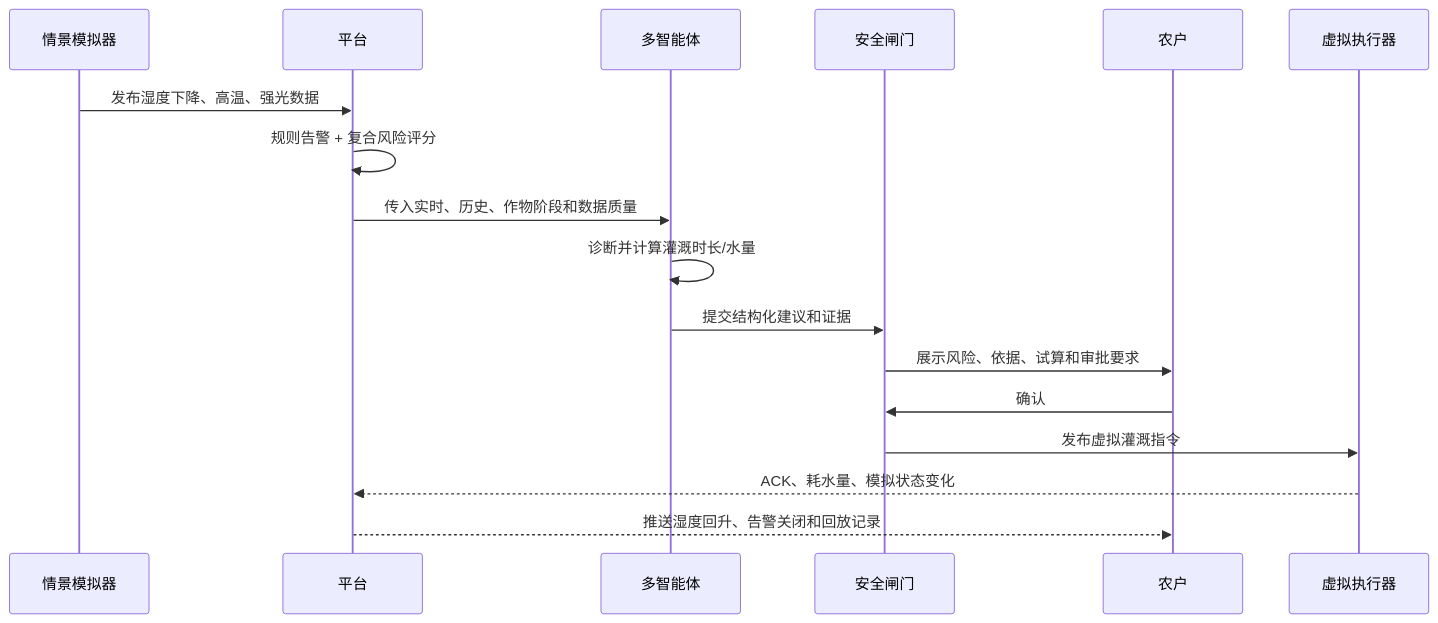
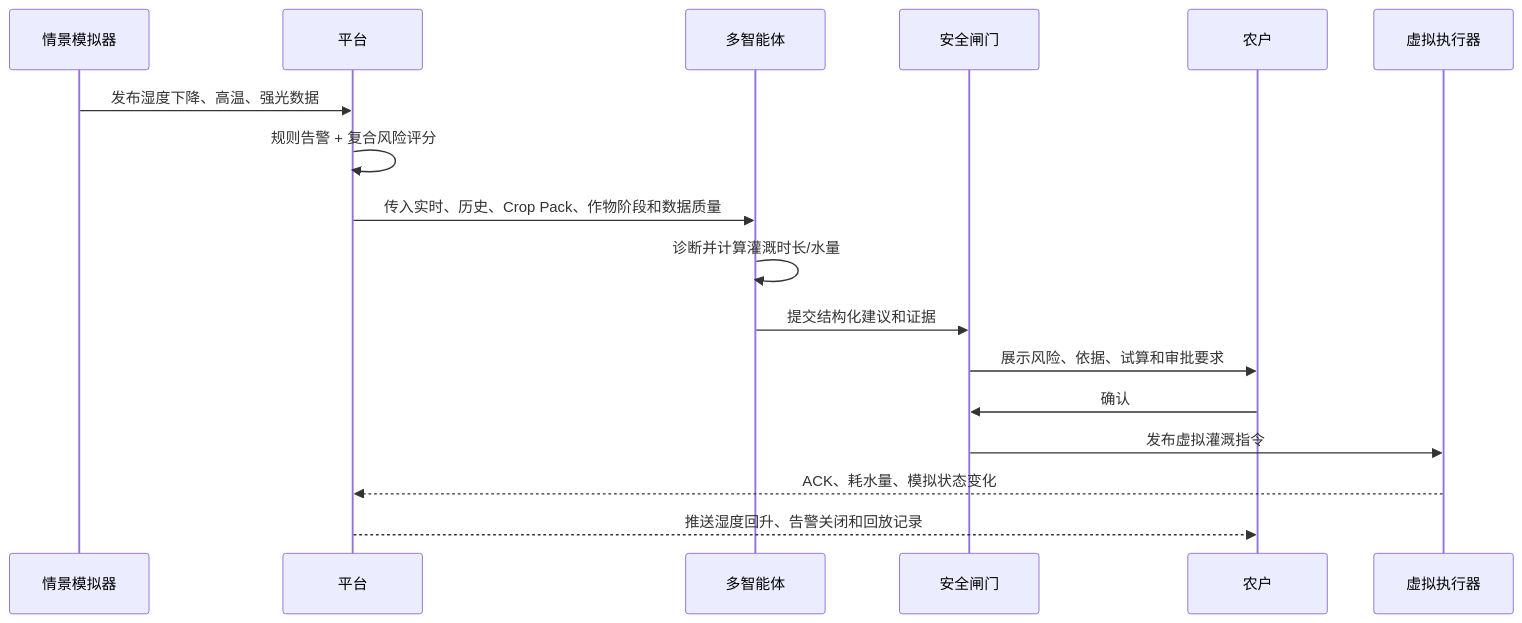
Before and after one commit to FlowerNeverFade/smart-agriculture: the third of 3 diagrams in README.md, drawn with Mermaid. The commit also changed other lines of this file and 4 other files, not shown here.

````diff
--- a/README.md
+++ b/README.md
@@ -137,19 +147,19 @@
 ```mermaid
 sequenceDiagram
     participant S as 情景模拟器
     participant P as 平台
     participant A as 多智能体
     participant G as 安全闸门
     participant U as 农户
     participant V as 虚拟执行器
     S->>P: 发布湿度下降、高温、强光数据
     P->>P: 规则告警 + 复合风险评分
-    P->>A: 传入实时、历史、作物阶段和数据质量
+    P->>A: 传入实时、历史、Crop Pack、作物阶段和数据质量
     A->>A: 诊断并计算灌溉时长/水量
     A->>G: 提交结构化建议和证据
     G->>U: 展示风险、依据、试算和审批要求
     U->>G: 确认
     G->>V: 发布虚拟灌溉指令
     V-->>P: ACK、耗水量、模拟状态变化
     P-->>U: 推送湿度回升、告警关闭和回放记录
 ```
````
